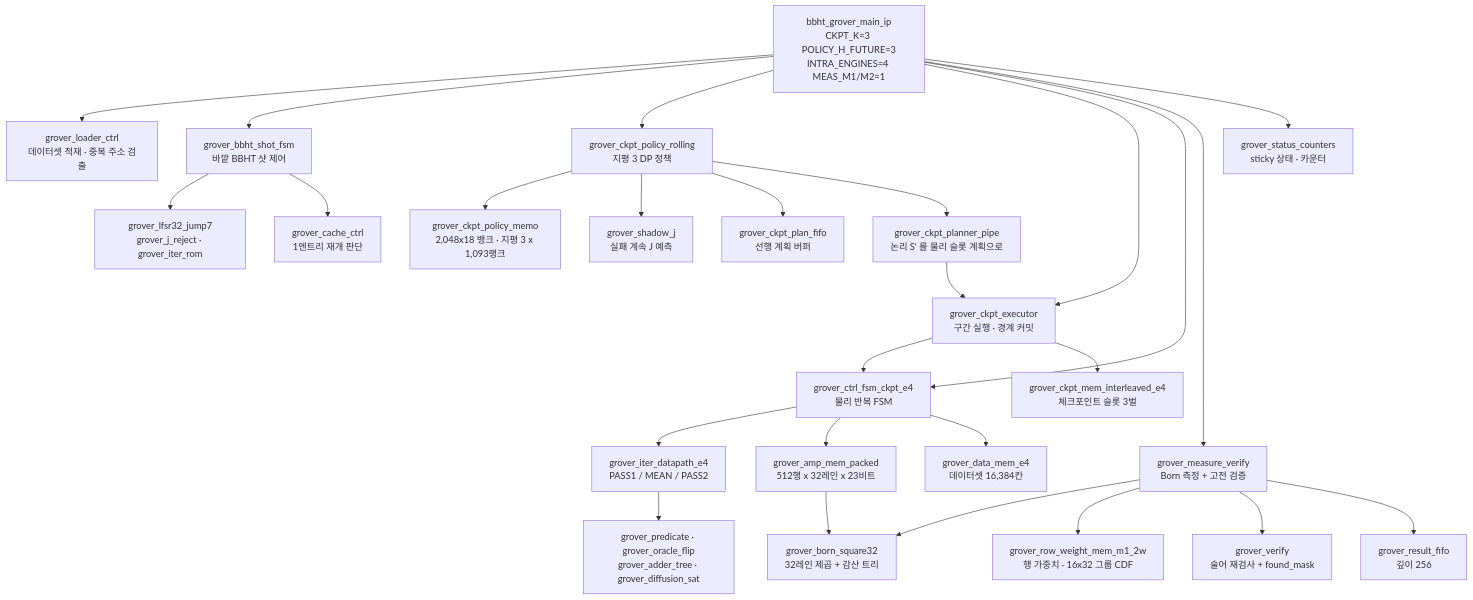
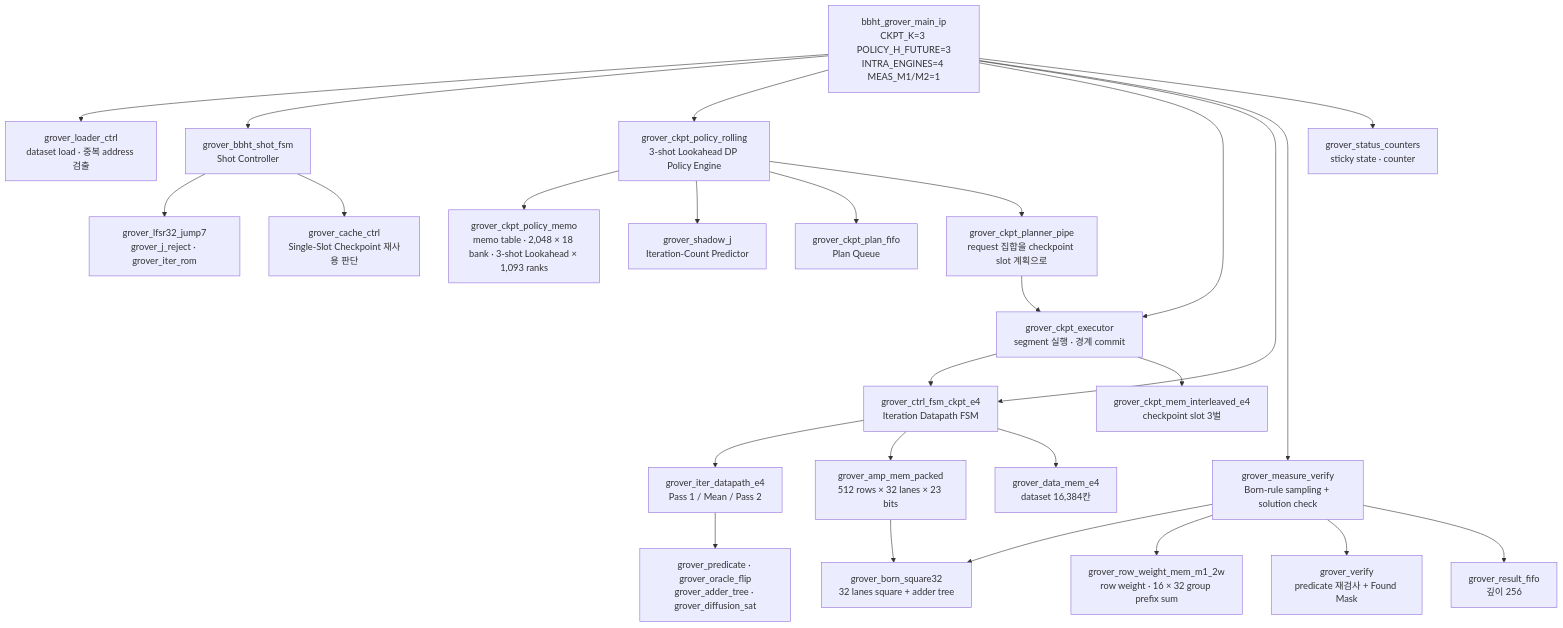
One commit to Git-Junsang/Quantum-Grover changed the diagram in documents/design_references/diagrams/src/main_ip_internal.mmd. Above: the diagram before and after it, drawn with Mermaid. The commit also changed 3854 other files, not shown here.

```diff
--- a/documents/design_references/diagrams/src/main_ip_internal.mmd
+++ b/documents/design_references/diagrams/src/main_ip_internal.mmd
@@ -1,33 +1,33 @@
 flowchart TD
     TOP["bbht_grover_main_ip<br/>CKPT_K=3 POLICY_H_FUTURE=3<br/>INTRA_ENGINES=4 MEAS_M1/M2=1"]
 
-    TOP --> LD["grover_loader_ctrl<br/>데이터셋 적재 · 중복 주소 검출"]
-    TOP --> SHOT["grover_bbht_shot_fsm<br/>바깥 BBHT 샷 제어"]
-    TOP --> POL["grover_ckpt_policy_rolling<br/>지평 3 DP 정책"]
-    TOP --> EXE["grover_ckpt_executor<br/>구간 실행 · 경계 커밋"]
-    TOP --> ITER["grover_ctrl_fsm_ckpt_e4<br/>물리 반복 FSM"]
-    TOP --> MEAS["grover_measure_verify<br/>Born 측정 + 고전 검증"]
-    TOP --> ST["grover_status_counters<br/>sticky 상태 · 카운터"]
+    TOP --> LD["grover_loader_ctrl<br/>dataset load · 중복 address 검출"]
+    TOP --> SHOT["grover_bbht_shot_fsm<br/>Shot Controller"]
+    TOP --> POL["grover_ckpt_policy_rolling<br/>3-shot Lookahead DP Policy Engine"]
+    TOP --> EXE["grover_ckpt_executor<br/>segment 실행 · 경계 commit"]
+    TOP --> ITER["grover_ctrl_fsm_ckpt_e4<br/>Iteration Datapath FSM"]
+    TOP --> MEAS["grover_measure_verify<br/>Born-rule sampling + solution check"]
+    TOP --> ST["grover_status_counters<br/>sticky state · counter"]
 
     SHOT --> RNG["grover_lfsr32_jump7<br/>grover_j_reject · grover_iter_rom"]
-    SHOT --> CACHE["grover_cache_ctrl<br/>1엔트리 재개 판단"]
+    SHOT --> CACHE["grover_cache_ctrl<br/>Single-Slot Checkpoint 재사용 판단"]
 
-    POL --> MEMO["grover_ckpt_policy_memo<br/>2,048x18 뱅크 · 지평 3 x 1,093랭크"]
-    POL --> SHJ["grover_shadow_j<br/>실패 계속 J 예측"]
-    POL --> PFIFO["grover_ckpt_plan_fifo<br/>선행 계획 버퍼"]
-    POL --> PLAN["grover_ckpt_planner_pipe<br/>논리 S' 를 물리 슬롯 계획으로"]
+    POL --> MEMO["grover_ckpt_policy_memo<br/>memo table · 2,048 × 18 bank · 3-shot Lookahead × 1,093 ranks"]
+    POL --> SHJ["grover_shadow_j<br/>Iteration-Count Predictor"]
+    POL --> PFIFO["grover_ckpt_plan_fifo<br/>Plan Queue"]
+    POL --> PLAN["grover_ckpt_planner_pipe<br/>request 집합을 checkpoint slot 계획으로"]
     PLAN --> EXE
 
     EXE --> ITER
-    ITER --> DP["grover_iter_datapath_e4<br/>PASS1 / MEAN / PASS2"]
+    ITER --> DP["grover_iter_datapath_e4<br/>Pass 1 / Mean / Pass 2"]
     DP --> ARI["grover_predicate · grover_oracle_flip<br/>grover_adder_tree · grover_diffusion_sat"]
 
-    ITER --> AMP["grover_amp_mem_packed<br/>512행 x 32레인 x 23비트"]
-    EXE --> CK["grover_ckpt_mem_interleaved_e4<br/>체크포인트 슬롯 3벌"]
-    ITER --> DATA["grover_data_mem_e4<br/>데이터셋 16,384칸"]
+    ITER --> AMP["grover_amp_mem_packed<br/>512 rows × 32 lanes × 23 bits"]
+    EXE --> CK["grover_ckpt_mem_interleaved_e4<br/>checkpoint slot 3벌"]
+    ITER --> DATA["grover_data_mem_e4<br/>dataset 16,384칸"]
 
-    MEAS --> SQ["grover_born_square32<br/>32레인 제곱 + 감산 트리"]
-    MEAS --> RW["grover_row_weight_mem_m1_2w<br/>행 가중치 · 16x32 그룹 CDF"]
-    MEAS --> VF["grover_verify<br/>술어 재검사 + found_mask"]
+    MEAS --> SQ["grover_born_square32<br/>32 lanes square + adder tree"]
+    MEAS --> RW["grover_row_weight_mem_m1_2w<br/>row weight · 16 × 32 group prefix sum"]
+    MEAS --> VF["grover_verify<br/>predicate 재검사 + Found Mask"]
     MEAS --> FIFO["grover_result_fifo<br/>깊이 256"]
     AMP --> SQ
```
